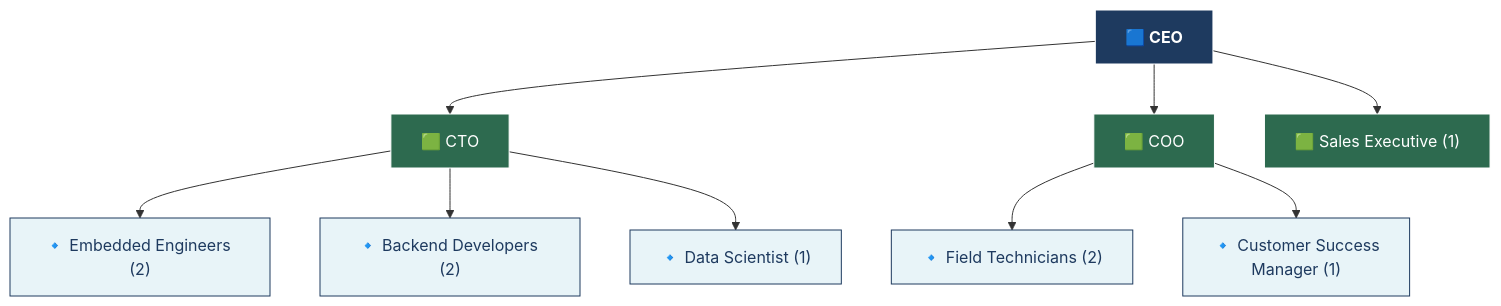
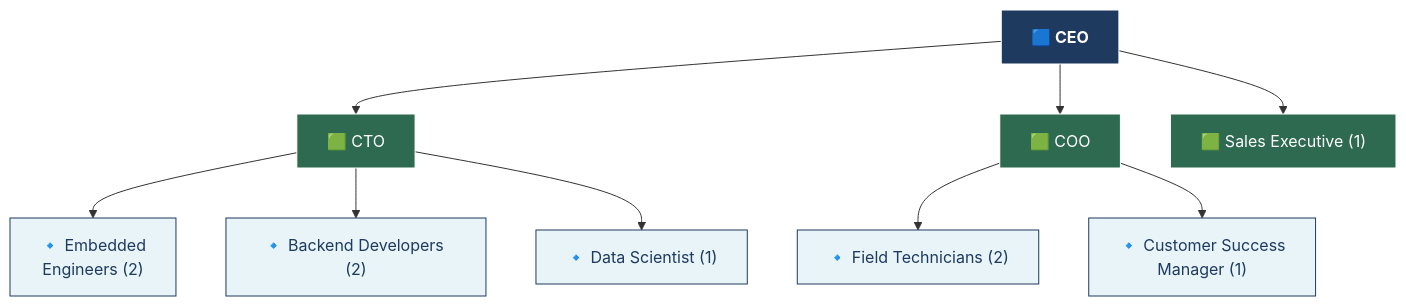
One commit to nathanbaudelin/SenSight_Bin changed the third of 3 diagrams in frontend/public/org-charts.md. Above: the diagram before and after it, drawn with Mermaid. The commit also changed other lines of this file, not shown here.

Commit message:
fix(doc): docs chart

````diff
--- a/frontend/public/org-charts.md
+++ b/frontend/public/org-charts.md
@@ -72,32 +71,33 @@
 ```mermaid
 graph TD
     CEO["🟦 CEO"]
     CTO["🟩 CTO"]
     COO["🟩 COO"]
     HOS["🟩 Sales Executive (1)"]
-    EE3["🔹 Embedded Engineers (2)"]
+    EE3["🔹 Embedded
+    Engineers (2)"]
     BD3["🔹 Backend Developers (2)"]
     DS2["🔹 Data Scientist (1)"]
     FT4["🔹 Field Technicians (2)"]
     CSM2["🔹 Customer Success
     Manager (1)"]
 
     CEO --> CTO
     CEO --> COO
     CEO --> HOS
     CTO --> EE3
     CTO --> BD3
     CTO --> DS2
     COO --> FT4
     COO --> CSM2
 
     style CEO fill:#1e3a5f,stroke:#fff,color:#fff,font-weight:bold
     style CTO fill:#2d6a4f,stroke:#fff,color:#fff
     style COO fill:#2d6a4f,stroke:#fff,color:#fff
     style HOS fill:#2d6a4f,stroke:#fff,color:#fff
     style EE3 fill:#e8f4f8,stroke:#1e3a5f,color:#1e3a5f
     style BD3 fill:#e8f4f8,stroke:#1e3a5f,color:#1e3a5f
     style DS2 fill:#e8f4f8,stroke:#1e3a5f,color:#1e3a5f
     style FT4 fill:#e8f4f8,stroke:#1e3a5f,color:#1e3a5f
     style CSM2 fill:#e8f4f8,stroke:#1e3a5f,color:#1e3a5f
 ```
````
